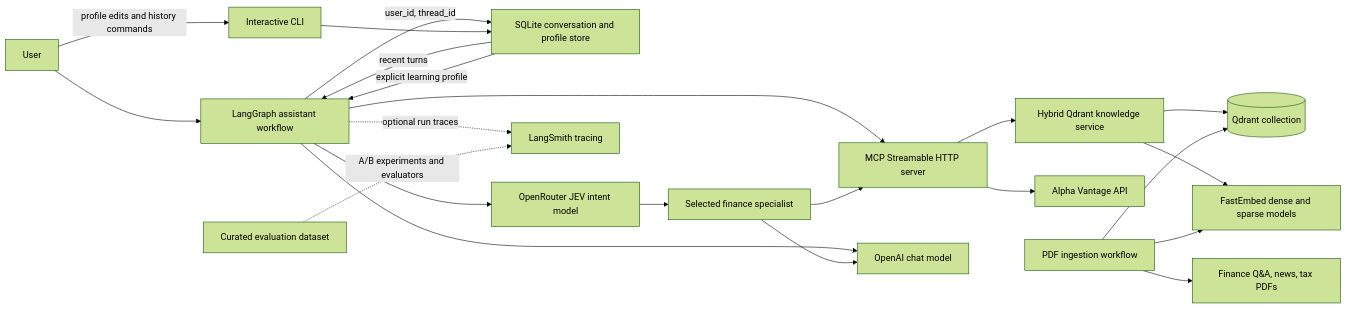
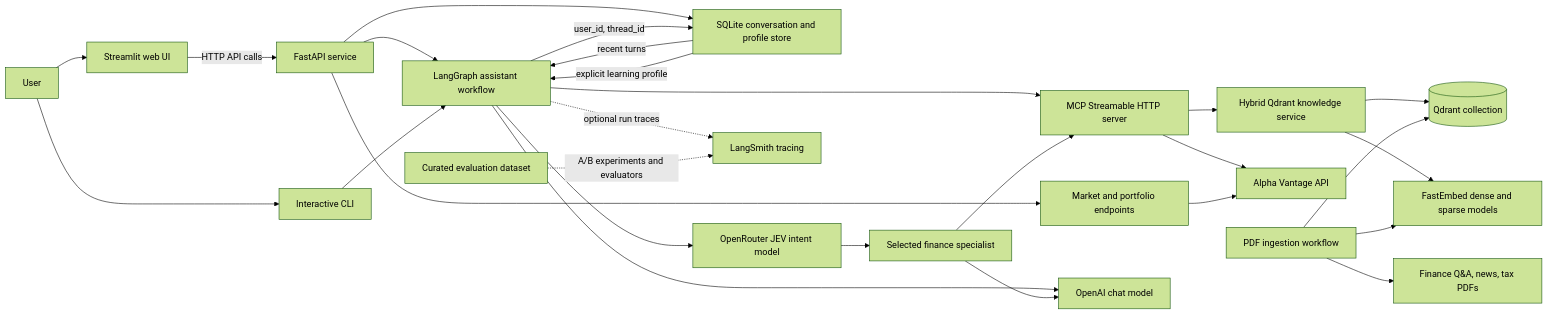
Before and after one commit to prashrao27/FinanceAssistance: the first of 3 diagrams in README.md, drawn with Mermaid (forest theme). The commit also changed other lines of this file and 4 other files, not shown here.

````diff
--- a/README.md
+++ b/README.md
@@ -90,24 +179,29 @@
 ```mermaid
 flowchart LR
-    User[User] --> Workflow[LangGraph assistant workflow]
+    User[User] --> Streamlit[Streamlit web UI]
+    Streamlit -->|HTTP API calls| API[FastAPI service]
+    API --> Workflow[LangGraph assistant workflow]
+    API --> ConversationStore[SQLite conversation and profile store]
+    API --> FinanceAPI[Market and portfolio endpoints]
+    User --> CLI[Interactive CLI]
+    CLI --> Workflow
     Workflow -->|user_id, thread_id| ConversationStore[SQLite conversation and profile store]
     ConversationStore -->|recent turns| Workflow
     ConversationStore -->|explicit learning profile| Workflow
-    User -->|profile edits and history commands| CLI[Interactive CLI]
-    CLI --> ConversationStore
     Workflow --> Router[OpenRouter JEV intent model]
     Router --> Specialist[Selected finance specialist]
     Workflow --> MCP[MCP Streamable HTTP server]
     Specialist --> MCP
     MCP --> Knowledge[Hybrid Qdrant knowledge service]
     Knowledge --> Qdrant[(Qdrant collection)]
     Knowledge --> Embedding[FastEmbed dense and sparse models]
-    MCP --> FinanceAPI[Alpha Vantage API]
+    MCP --> AlphaVantage[Alpha Vantage API]
+    FinanceAPI --> AlphaVantage
     Workflow --> LLM[OpenAI chat model]
     Specialist --> LLM
     Ingestion[PDF ingestion workflow] --> PDFs[Finance Q&A, news, tax PDFs]
     Ingestion --> Embedding
     Ingestion --> Qdrant
     Workflow -. "optional run traces" .-> LangSmith[LangSmith tracing]
     EvalSet[Curated evaluation dataset] -. "A/B experiments and evaluators" .-> LangSmith
 ```
````
